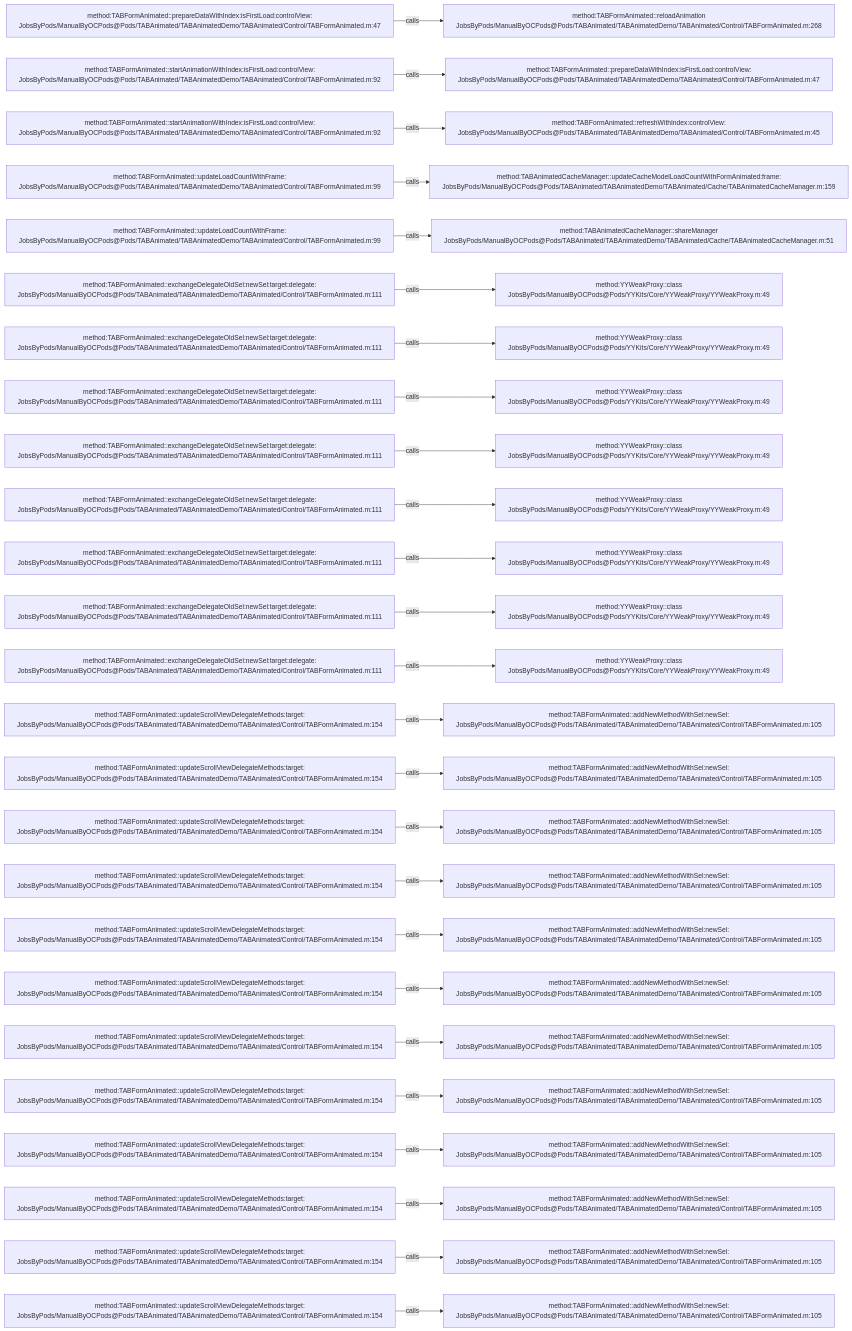
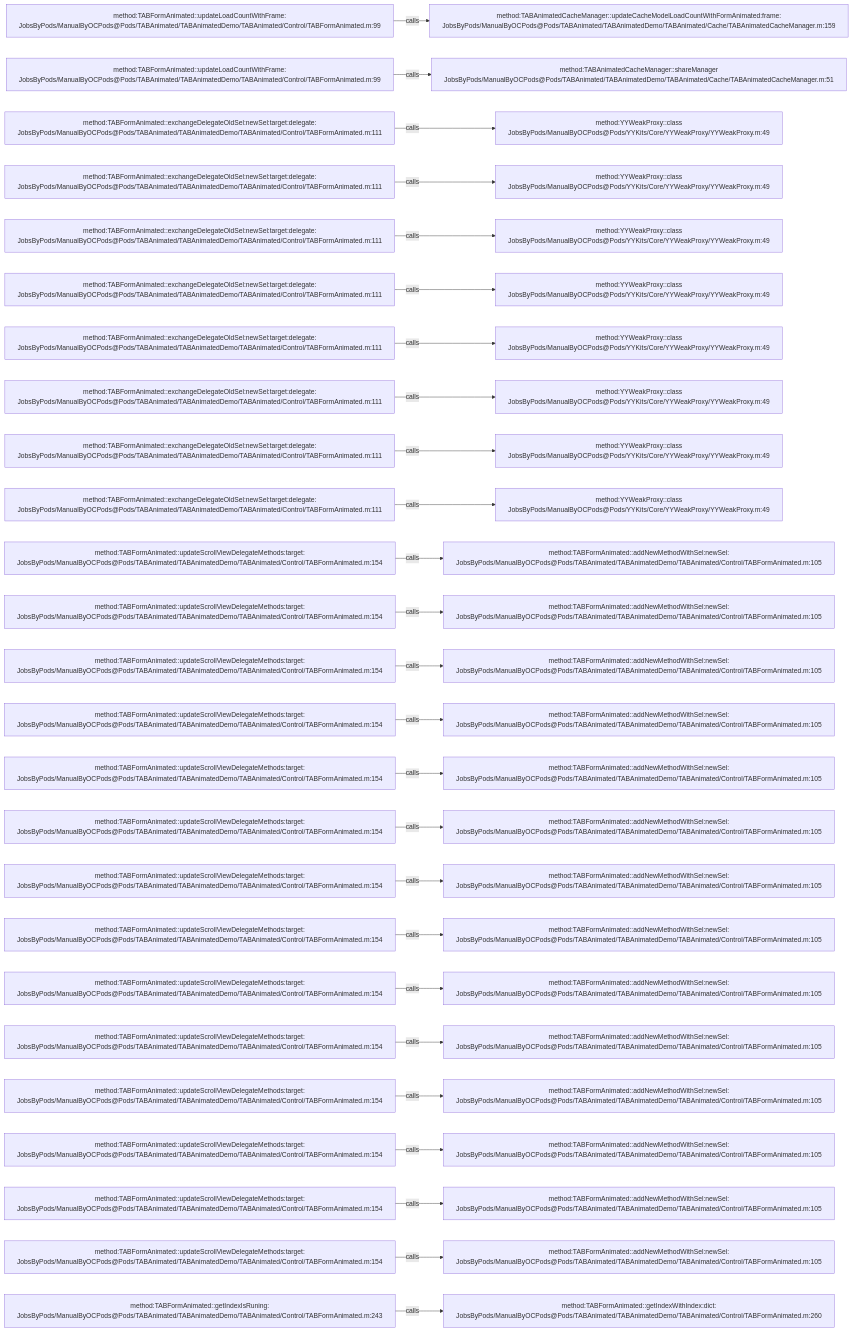
The diagram in .codegraph/codegraph.md/graphs/calls-026.md (JobsKits/JobsOCBaseConfigDemo), drawn with Mermaid before and after one commit. The commit also changed 342 other files, not shown here.

````diff
--- a/.codegraph/codegraph.md/graphs/calls-026.md
+++ b/.codegraph/codegraph.md/graphs/calls-026.md
@@ -13,78 +13,78 @@
 ```mermaid
 flowchart LR
-  S1["method:TABFormAnimated::prepareDataWithIndex:isFirstLoad:controlView:<br/>JobsByPods/ManualByOCPods@Pods/TABAnimated/TABAnimatedDemo/TABAnimated/Control/TABFormAnimated.m:47"]
-  T1["method:TABFormAnimated::reloadAnimation<br/>JobsByPods/ManualByOCPods@Pods/TABAnimated/TABAnimatedDemo/TABAnimated/Control/TABFormAnimated.m:268"]
+  S1["method:TABFormAnimated::updateLoadCountWithFrame:<br/>JobsByPods/ManualByOCPods@Pods/TABAnimated/TABAnimatedDemo/TABAnimated/Control/TABFormAnimated.m:99"]
+  T1["method:TABAnimatedCacheManager::updateCacheModelLoadCountWithFormAnimated:frame:<br/>JobsByPods/ManualByOCPods@Pods/TABAnimated/TABAnimatedDemo/TABAnimated/Cache/TABAnimatedCacheManager.m:159"]
   S1 -->|calls| T1
-  S2["method:TABFormAnimated::startAnimationWithIndex:isFirstLoad:controlView:<br/>JobsByPods/ManualByOCPods@Pods/TABAnimated/TABAnimatedDemo/TABAnimated/Control/TABFormAnimated.m:92"]
-  T2["method:TABFormAnimated::prepareDataWithIndex:isFirstLoad:controlView:<br/>JobsByPods/ManualByOCPods@Pods/TABAnimated/TABAnimatedDemo/TABAnimated/Control/TABFormAnimated.m:47"]
+  S2["method:TABFormAnimated::updateLoadCountWithFrame:<br/>JobsByPods/ManualByOCPods@Pods/TABAnimated/TABAnimatedDemo/TABAnimated/Control/TABFormAnimated.m:99"]
+  T2["method:TABAnimatedCacheManager::shareManager<br/>JobsByPods/ManualByOCPods@Pods/TABAnimated/TABAnimatedDemo/TABAnimated/Cache/TABAnimatedCacheManager.m:51"]
   S2 -->|calls| T2
-  S3["method:TABFormAnimated::startAnimationWithIndex:isFirstLoad:controlView:<br/>JobsByPods/ManualByOCPods@Pods/TABAnimated/TABAnimatedDemo/TABAnimated/Control/TABFormAnimated.m:92"]
-  T3["method:TABFormAnimated::refreshWithIndex:controlView:<br/>JobsByPods/ManualByOCPods@Pods/TABAnimated/TABAnimatedDemo/TABAnimated/Control/TABFormAnimated.m:45"]
+  S3["method:TABFormAnimated::exchangeDelegateOldSel:newSel:target:delegate:<br/>JobsByPods/ManualByOCPods@Pods/TABAnimated/TABAnimatedDemo/TABAnimated/Control/TABFormAnimated.m:111"]
+  T3["method:YYWeakProxy::class<br/>JobsByPods/ManualByOCPods@Pods/YYKits/Core/YYWeakProxy/YYWeakProxy.m:49"]
   S3 -->|calls| T3
-  S4["method:TABFormAnimated::updateLoadCountWithFrame:<br/>JobsByPods/ManualByOCPods@Pods/TABAnimated/TABAnimatedDemo/TABAnimated/Control/TABFormAnimated.m:99"]
-  T4["method:TABAnimatedCacheManager::updateCacheModelLoadCountWithFormAnimated:frame:<br/>JobsByPods/ManualByOCPods@Pods/TABAnimated/TABAnimatedDemo/TABAnimated/Cache/TABAnimatedCacheManager.m:159"]
+  S4["method:TABFormAnimated::exchangeDelegateOldSel:newSel:target:delegate:<br/>JobsByPods/ManualByOCPods@Pods/TABAnimated/TABAnimatedDemo/TABAnimated/Control/TABFormAnimated.m:111"]
+  T4["method:YYWeakProxy::class<br/>JobsByPods/ManualByOCPods@Pods/YYKits/Core/YYWeakProxy/YYWeakProxy.m:49"]
   S4 -->|calls| T4
-  S5["method:TABFormAnimated::updateLoadCountWithFrame:<br/>JobsByPods/ManualByOCPods@Pods/TABAnimated/TABAnimatedDemo/TABAnimated/Control/TABFormAnimated.m:99"]
-  T5["method:TABAnimatedCacheManager::shareManager<br/>JobsByPods/ManualByOCPods@Pods/TABAnimated/TABAnimatedDemo/TABAnimated/Cache/TABAnimatedCacheManager.m:51"]
+  S5["method:TABFormAnimated::exchangeDelegateOldSel:newSel:target:delegate:<br/>JobsByPods/ManualByOCPods@Pods/TABAnimated/TABAnimatedDemo/TABAnimated/Control/TABFormAnimated.m:111"]
+  T5["method:YYWeakProxy::class<br/>JobsByPods/ManualByOCPods@Pods/YYKits/Core/YYWeakProxy/YYWeakProxy.m:49"]
   S5 -->|calls| T5
   S6["method:TABFormAnimated::exchangeDelegateOldSel:newSel:target:delegate:<br/>JobsByPods/ManualByOCPods@Pods/TABAnimated/TABAnimatedDemo/TABAnimated/Control/TABFormAnimated.m:111"]
   T6["method:YYWeakProxy::class<br/>JobsByPods/ManualByOCPods@Pods/YYKits/Core/YYWeakProxy/YYWeakProxy.m:49"]
   S6 -->|calls| T6
   S7["method:TABFormAnimated::exchangeDelegateOldSel:newSel:target:delegate:<br/>JobsByPods/ManualByOCPods@Pods/TABAnimated/TABAnimatedDemo/TABAnimated/Control/TABFormAnimated.m:111"]
   T7["method:YYWeakProxy::class<br/>JobsByPods/ManualByOCPods@Pods/YYKits/Core/YYWeakProxy/YYWeakProxy.m:49"]
   S7 -->|calls| T7
   S8["method:TABFormAnimated::exchangeDelegateOldSel:newSel:target:delegate:<br/>JobsByPods/ManualByOCPods@Pods/TABAnimated/TABAnimatedDemo/TABAnimated/Control/TABFormAnimated.m:111"]
   T8["method:YYWeakProxy::class<br/>JobsByPods/ManualByOCPods@Pods/YYKits/Core/YYWeakProxy/YYWeakProxy.m:49"]
   S8 -->|calls| T8
   S9["method:TABFormAnimated::exchangeDelegateOldSel:newSel:target:delegate:<br/>JobsByPods/ManualByOCPods@Pods/TABAnimated/TABAnimatedDemo/TABAnimated/Control/TABFormAnimated.m:111"]
   T9["method:YYWeakProxy::class<br/>JobsByPods/ManualByOCPods@Pods/YYKits/Core/YYWeakProxy/YYWeakProxy.m:49"]
   S9 -->|calls| T9
   S10["method:TABFormAnimated::exchangeDelegateOldSel:newSel:target:delegate:<br/>JobsByPods/ManualByOCPods@Pods/TABAnimated/TABAnimatedDemo/TABAnimated/Control/TABFormAnimated.m:111"]
   T10["method:YYWeakProxy::class<br/>JobsByPods/ManualByOCPods@Pods/YYKits/Core/YYWeakProxy/YYWeakProxy.m:49"]
   S10 -->|calls| T10
-  S11["method:TABFormAnimated::exchangeDelegateOldSel:newSel:target:delegate:<br/>JobsByPods/ManualByOCPods@Pods/TABAnimated/TABAnimatedDemo/TABAnimated/Control/TABFormAnimated.m:111"]
-  T11["method:YYWeakProxy::class<br/>JobsByPods/ManualByOCPods@Pods/YYKits/Core/YYWeakProxy/YYWeakProxy.m:49"]
+  S11["method:TABFormAnimated::updateScrollViewDelegateMethods:target:<br/>JobsByPods/ManualByOCPods@Pods/TABAnimated/TABAnimatedDemo/TABAnimated/Control/TABFormAnimated.m:154"]
+  T11["method:TABFormAnimated::addNewMethodWithSel:newSel:<br/>JobsByPods/ManualByOCPods@Pods/TABAnimated/TABAnimatedDemo/TABAnimated/Control/TABFormAnimated.m:105"]
   S11 -->|calls| T11
-  S12["method:TABFormAnimated::exchangeDelegateOldSel:newSel:target:delegate:<br/>JobsByPods/ManualByOCPods@Pods/TABAnimated/TABAnimatedDemo/TABAnimated/Control/TABFormAnimated.m:111"]
-  T12["method:YYWeakProxy::class<br/>JobsByPods/ManualByOCPods@Pods/YYKits/Core/YYWeakProxy/YYWeakProxy.m:49"]
+  S12["method:TABFormAnimated::updateScrollViewDelegateMethods:target:<br/>JobsByPods/ManualByOCPods@Pods/TABAnimated/TABAnimatedDemo/TABAnimated/Control/TABFormAnimated.m:154"]
+  T12["method:TABFormAnimated::addNewMethodWithSel:newSel:<br/>JobsByPods/ManualByOCPods@Pods/TABAnimated/TABAnimatedDemo/TABAnimated/Control/TABFormAnimated.m:105"]
   S12 -->|calls| T12
-  S13["method:TABFormAnimated::exchangeDelegateOldSel:newSel:target:delegate:<br/>JobsByPods/ManualByOCPods@Pods/TABAnimated/TABAnimatedDemo/TABAnimated/Control/TABFormAnimated.m:111"]
-  T13["method:YYWeakProxy::class<br/>JobsByPods/ManualByOCPods@Pods/YYKits/Core/YYWeakProxy/YYWeakProxy.m:49"]
+  S13["method:TABFormAnimated::updateScrollViewDelegateMethods:target:<br/>JobsByPods/ManualByOCPods@Pods/TABAnimated/TABAnimatedDemo/TABAnimated/Control/TABFormAnimated.m:154"]
+  T13["method:TABFormAnimated::addNewMethodWithSel:newSel:<br/>JobsByPods/ManualByOCPods@Pods/TABAnimated/TABAnimatedDemo/TABAnimated/Control/TABFormAnimated.m:105"]
   S13 -->|calls| T13
   S14["method:TABFormAnimated::updateScrollViewDelegateMethods:target:<br/>JobsByPods/ManualByOCPods@Pods/TABAnimated/TABAnimatedDemo/TABAnimated/Control/TABFormAnimated.m:154"]
   T14["method:TABFormAnimated::addNewMethodWithSel:newSel:<br/>JobsByPods/ManualByOCPods@Pods/TABAnimated/TABAnimatedDemo/TABAnimated/Control/TABFormAnimated.m:105"]
   S14 -->|calls| T14
   S15["method:TABFormAnimated::updateScrollViewDelegateMethods:target:<br/>JobsByPods/ManualByOCPods@Pods/TABAnimated/TABAnimatedDemo/TABAnimated/Control/TABFormAnimated.m:154"]
   T15["method:TABFormAnimated::addNewMethodWithSel:newSel:<br/>JobsByPods/ManualByOCPods@Pods/TABAnimated/TABAnimatedDemo/TABAnimated/Control/TABFormAnimated.m:105"]
   S15 -->|calls| T15
   S16["method:TABFormAnimated::updateScrollViewDelegateMethods:target:<br/>JobsByPods/ManualByOCPods@Pods/TABAnimated/TABAnimatedDemo/TABAnimated/Control/TABFormAnimated.m:154"]
   T16["method:TABFormAnimated::addNewMethodWithSel:newSel:<br/>JobsByPods/ManualByOCPods@Pods/TABAnimated/TABAnimatedDemo/TABAnimated/Control/TABFormAnimated.m:105"]
   S16 -->|calls| T16
   S17["method:TABFormAnimated::updateScrollViewDelegateMethods:target:<br/>JobsByPods/ManualByOCPods@Pods/TABAnimated/TABAnimatedDemo/TABAnimated/Control/TABFormAnimated.m:154"]
   T17["method:TABFormAnimated::addNewMethodWithSel:newSel:<br/>JobsByPods/ManualByOCPods@Pods/TABAnimated/TABAnimatedDemo/TABAnimated/Control/TABFormAnimated.m:105"]
   S17 -->|calls| T17
   S18["method:TABFormAnimated::updateScrollViewDelegateMethods:target:<br/>JobsByPods/ManualByOCPods@Pods/TABAnimated/TABAnimatedDemo/TABAnimated/Control/TABFormAnimated.m:154"]
   T18["method:TABFormAnimated::addNewMethodWithSel:newSel:<br/>JobsByPods/ManualByOCPods@Pods/TABAnimated/TABAnimatedDemo/TABAnimated/Control/TABFormAnimated.m:105"]
   S18 -->|calls| T18
   S19["method:TABFormAnimated::updateScrollViewDelegateMethods:target:<br/>JobsByPods/ManualByOCPods@Pods/TABAnimated/TABAnimatedDemo/TABAnimated/Control/TABFormAnimated.m:154"]
   T19["method:TABFormAnimated::addNewMethodWithSel:newSel:<br/>JobsByPods/ManualByOCPods@Pods/TABAnimated/TABAnimatedDemo/TABAnimated/Control/TABFormAnimated.m:105"]
   S19 -->|calls| T19
   S20["method:TABFormAnimated::updateScrollViewDelegateMethods:target:<br/>JobsByPods/ManualByOCPods@Pods/TABAnimated/TABAnimatedDemo/TABAnimated/Control/TABFormAnimated.m:154"]
   T20["method:TABFormAnimated::addNewMethodWithSel:newSel:<br/>JobsByPods/ManualByOCPods@Pods/TABAnimated/TABAnimatedDemo/TABAnimated/Control/TABFormAnimated.m:105"]
   S20 -->|calls| T20
   S21["method:TABFormAnimated::updateScrollViewDelegateMethods:target:<br/>JobsByPods/ManualByOCPods@Pods/TABAnimated/TABAnimatedDemo/TABAnimated/Control/TABFormAnimated.m:154"]
   T21["method:TABFormAnimated::addNewMethodWithSel:newSel:<br/>JobsByPods/ManualByOCPods@Pods/TABAnimated/TABAnimatedDemo/TABAnimated/Control/TABFormAnimated.m:105"]
   S21 -->|calls| T21
   S22["method:TABFormAnimated::updateScrollViewDelegateMethods:target:<br/>JobsByPods/ManualByOCPods@Pods/TABAnimated/TABAnimatedDemo/TABAnimated/Control/TABFormAnimated.m:154"]
   T22["method:TABFormAnimated::addNewMethodWithSel:newSel:<br/>JobsByPods/ManualByOCPods@Pods/TABAnimated/TABAnimatedDemo/TABAnimated/Control/TABFormAnimated.m:105"]
   S22 -->|calls| T22
   S23["method:TABFormAnimated::updateScrollViewDelegateMethods:target:<br/>JobsByPods/ManualByOCPods@Pods/TABAnimated/TABAnimatedDemo/TABAnimated/Control/TABFormAnimated.m:154"]
   T23["method:TABFormAnimated::addNewMethodWithSel:newSel:<br/>JobsByPods/ManualByOCPods@Pods/TABAnimated/TABAnimatedDemo/TABAnimated/Control/TABFormAnimated.m:105"]
   S23 -->|calls| T23
   S24["method:TABFormAnimated::updateScrollViewDelegateMethods:target:<br/>JobsByPods/ManualByOCPods@Pods/TABAnimated/TABAnimatedDemo/TABAnimated/Control/TABFormAnimated.m:154"]
   T24["method:TABFormAnimated::addNewMethodWithSel:newSel:<br/>JobsByPods/ManualByOCPods@Pods/TABAnimated/TABAnimatedDemo/TABAnimated/Control/TABFormAnimated.m:105"]
   S24 -->|calls| T24
-  S25["method:TABFormAnimated::updateScrollViewDelegateMethods:target:<br/>JobsByPods/ManualByOCPods@Pods/TABAnimated/TABAnimatedDemo/TABAnimated/Control/TABFormAnimated.m:154"]
-  T25["method:TABFormAnimated::addNewMethodWithSel:newSel:<br/>JobsByPods/ManualByOCPods@Pods/TABAnimated/TABAnimatedDemo/TABAnimated/Control/TABFormAnimated.m:105"]
+  S25["method:TABFormAnimated::getIndexIsRuning:<br/>JobsByPods/ManualByOCPods@Pods/TABAnimated/TABAnimatedDemo/TABAnimated/Control/TABFormAnimated.m:243"]
+  T25["method:TABFormAnimated::getIndexWithIndex:dict:<br/>JobsByPods/ManualByOCPods@Pods/TABAnimated/TABAnimatedDemo/TABAnimated/Control/TABFormAnimated.m:260"]
   S25 -->|calls| T25
 ```
````
